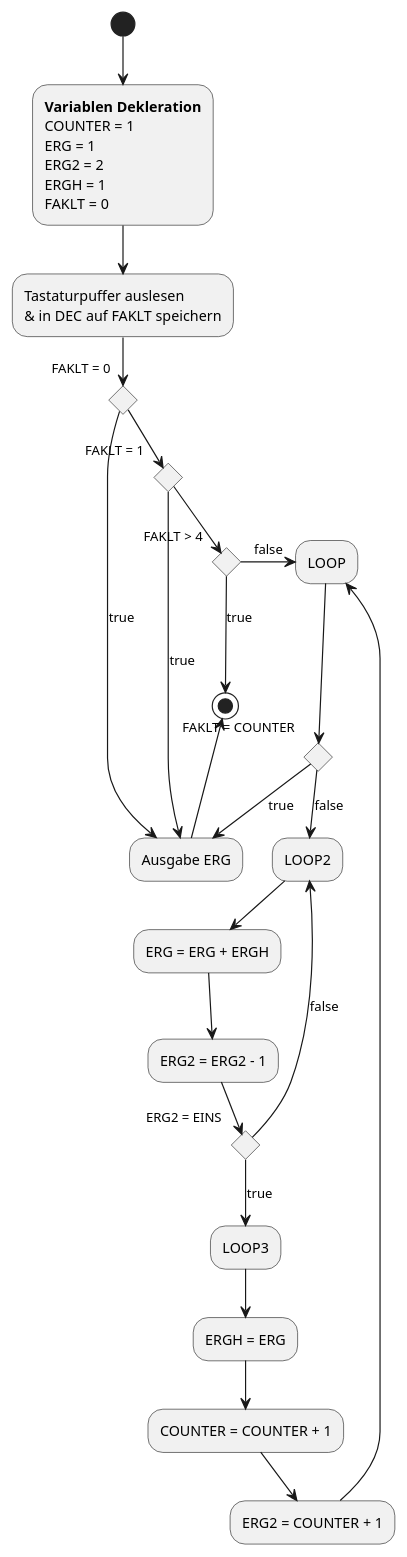
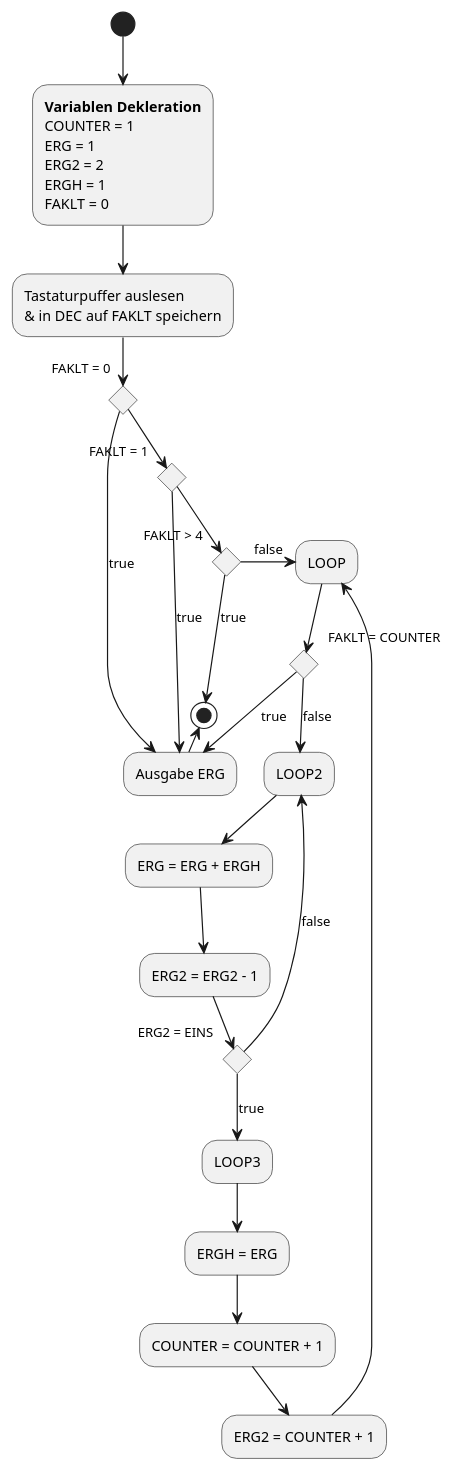
One commit to duha887b/MRT1_Assambler changed the diagram in Protokoll/Aktivitätsdiagramm.puml. Above: the diagram before and after it, drawn with PlantUML. The commit also changed 1 other file, not shown here.

```diff
--- a/Protokoll/Aktivitätsdiagramm.puml
+++ b/Protokoll/Aktivitätsdiagramm.puml
@@ -1,55 +1,55 @@
 @startuml
 'https://plantuml.com/activity-diagram-beta
 (*) --> "**Variablen Dekleration**
           COUNTER = 1
           ERG = 1
           ERG2 = 2
           ERGH = 1
           FAKLT = 0
           "
 
 -->"Tastaturpuffer auslesen
     & in DEC auf FAKLT speichern"
 
 if "FAKLT = 0" then
 --> [true]"Ausgabe ERG"
 -left->(*)
 else
     -->if "FAKLT = 1" then
     -> [true]"Ausgabe ERG"
     else
         if "FAKLT > 4" then
         -->[true](*)
         else
         ->[false]"LOOP"
         Endif
         Endif
         Endif
 
---->if "FAKLT = COUNTER" then
+-->if "FAKLT = COUNTER" then
     -->[true]"Ausgabe ERG"
     else
     -->[false]"LOOP2"
     Endif
 
 -->"ERG = ERG + ERGH"
 -->"ERG2 = ERG2 - 1"
 
 if "ERG2 = EINS" then
     -->[true]"LOOP3"
     -->"ERGH = ERG"
     -->"COUNTER = COUNTER + 1"
     -->"ERG2 = COUNTER + 1"
     -->"LOOP"
     else
     -->[false]"LOOP2"
     Endif
 
 
 
 
 
 
 
 
 @enduml
```
